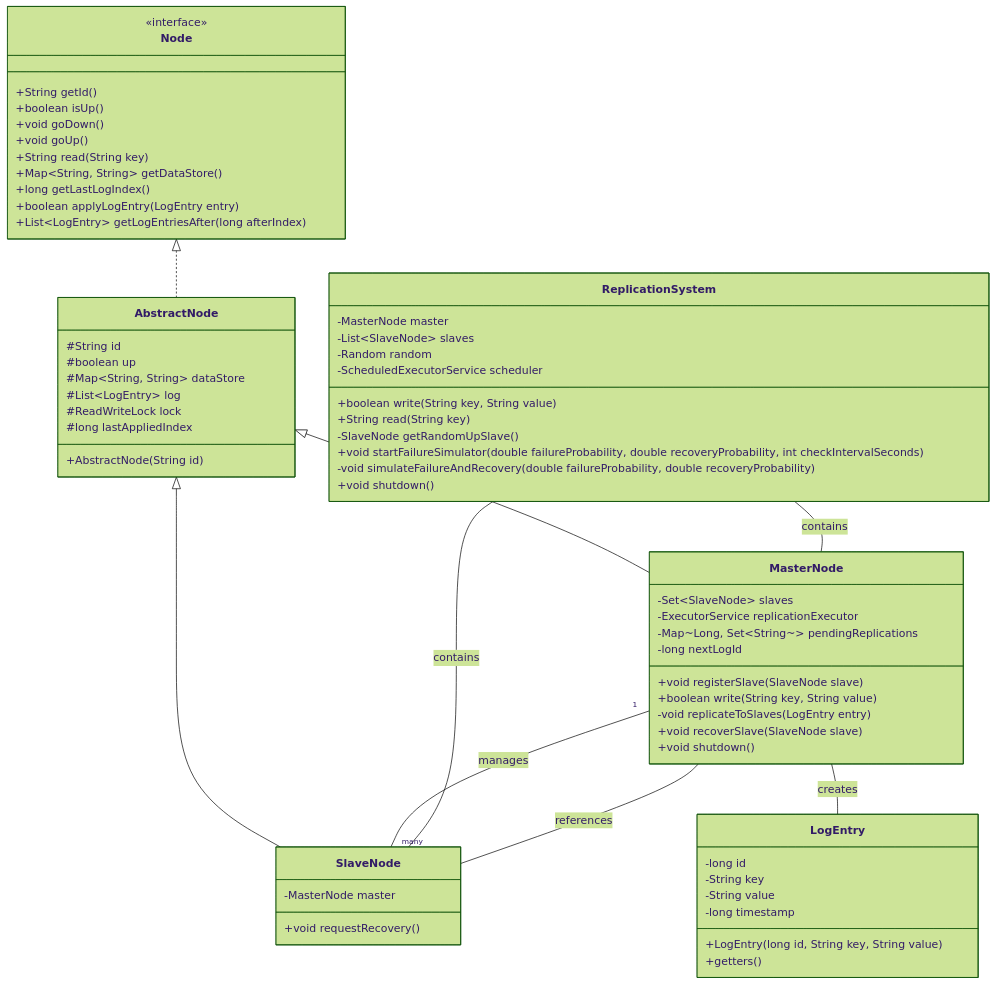
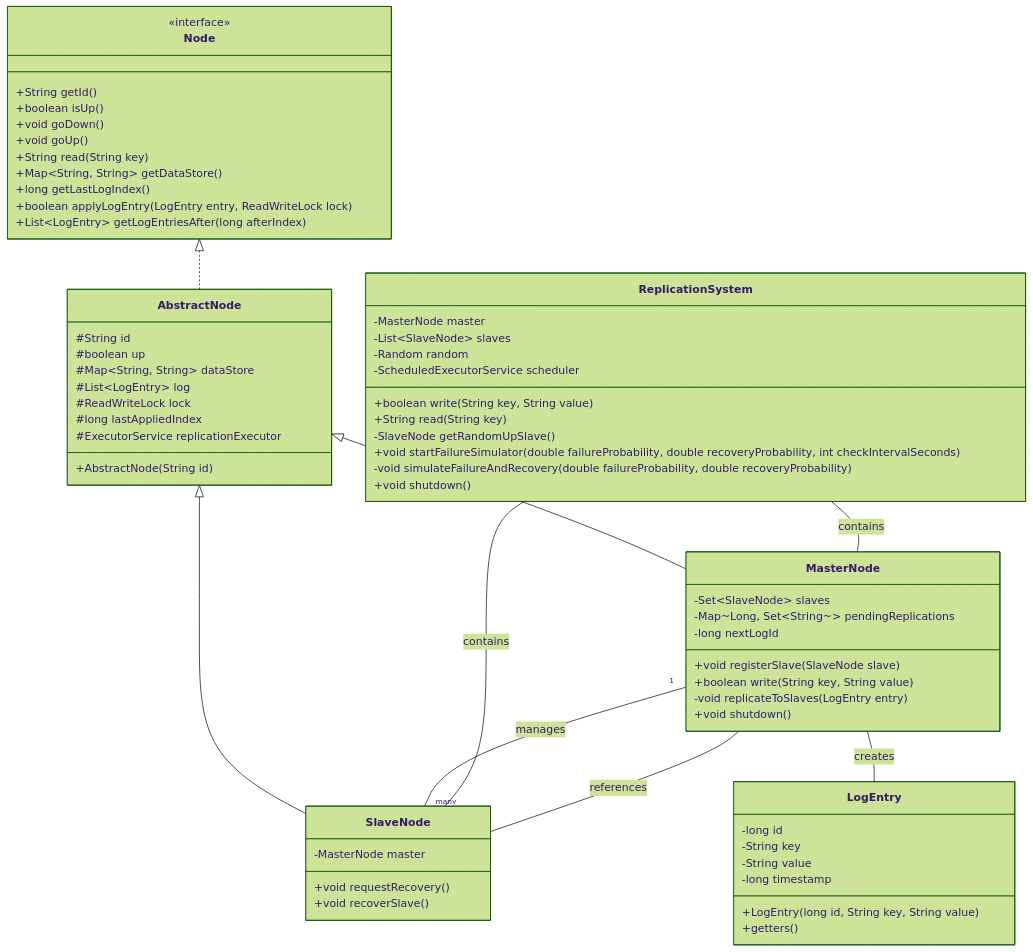
One commit to billycychan/master-slave-replication-java changed the first of 6 diagrams in diagrams.md. Above: the diagram before and after it, drawn with Mermaid (forest theme). The commit also changed other lines of this file and 8 other files, not shown here.

Commit message:
feat: recreated the diagrams

````diff
--- a/diagrams.md
+++ b/diagrams.md
@@ -5,73 +5,73 @@
 ```mermaid
 classDiagram
     class Node {
         <<interface>>
         +String getId()
         +boolean isUp()
         +void goDown()
         +void goUp()
         +String read(String key)
         +Map~String, String~ getDataStore()
         +long getLastLogIndex()
-        +boolean applyLogEntry(LogEntry entry)
+        +boolean applyLogEntry(LogEntry entry, ReadWriteLock lock)
         +List~LogEntry~ getLogEntriesAfter(long afterIndex)
     }
 
     class AbstractNode {
         #String id
         #boolean up
         #Map~String, String~ dataStore
         #List~LogEntry~ log
         #ReadWriteLock lock
         #long lastAppliedIndex
+        #ExecutorService replicationExecutor
         +AbstractNode(String id)
     }
 
     class MasterNode {
         -Set~SlaveNode~ slaves
-        -ExecutorService replicationExecutor
         -Map~Long, Set~String~~ pendingReplications
         -long nextLogId
         +void registerSlave(SlaveNode slave)
         +boolean write(String key, String value)
         -void replicateToSlaves(LogEntry entry)
-        +void recoverSlave(SlaveNode slave)
         +void shutdown()
     }
 
     class SlaveNode {
         -MasterNode master
         +void requestRecovery()
+        +void recoverSlave()
     }
 
     class LogEntry {
         -long id
         -String key
         -String value
         -long timestamp
         +LogEntry(long id, String key, String value)
         +getters()
     }
 
     class ReplicationSystem {
         -MasterNode master
         -List~SlaveNode~ slaves
         -Random random
         -ScheduledExecutorService scheduler
         +boolean write(String key, String value)
         +String read(String key)
         -SlaveNode getRandomUpSlave()
         +void startFailureSimulator(double failureProbability, double recoveryProbability, int checkIntervalSeconds)
         -void simulateFailureAndRecovery(double failureProbability, double recoveryProbability)
         +void shutdown()
     }
 
     Node <|.. AbstractNode
     AbstractNode <|-- MasterNode
     AbstractNode <|-- SlaveNode
     MasterNode "1" -- "many" SlaveNode : manages
     MasterNode -- LogEntry : creates
     SlaveNode -- MasterNode : references
     ReplicationSystem -- MasterNode : contains
     ReplicationSystem -- SlaveNode : contains
 ```
````
